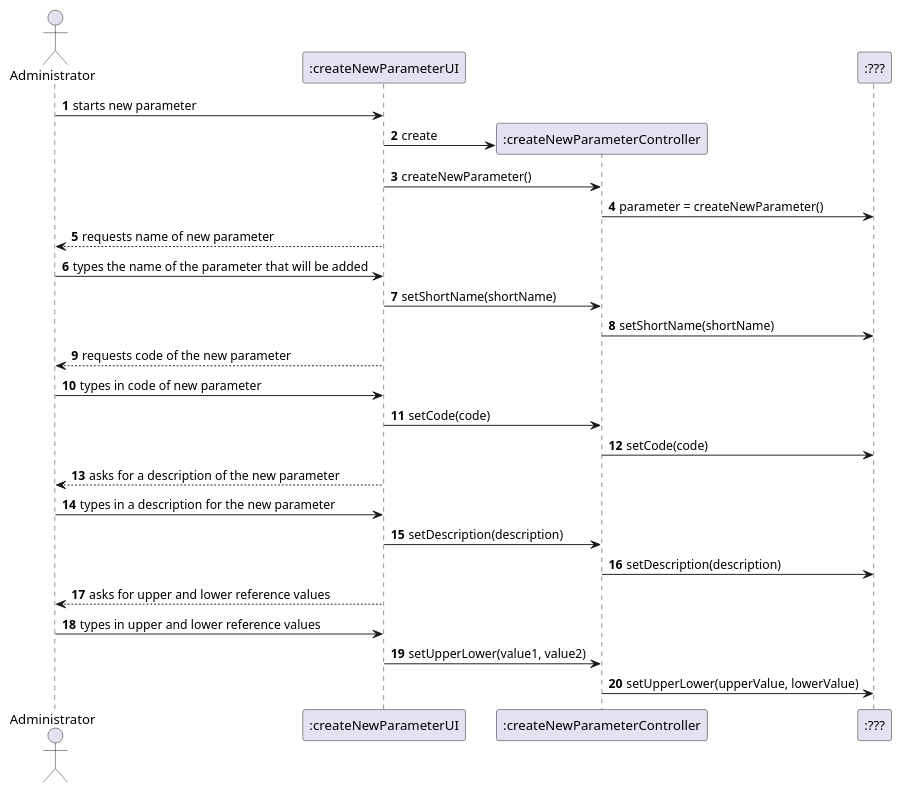
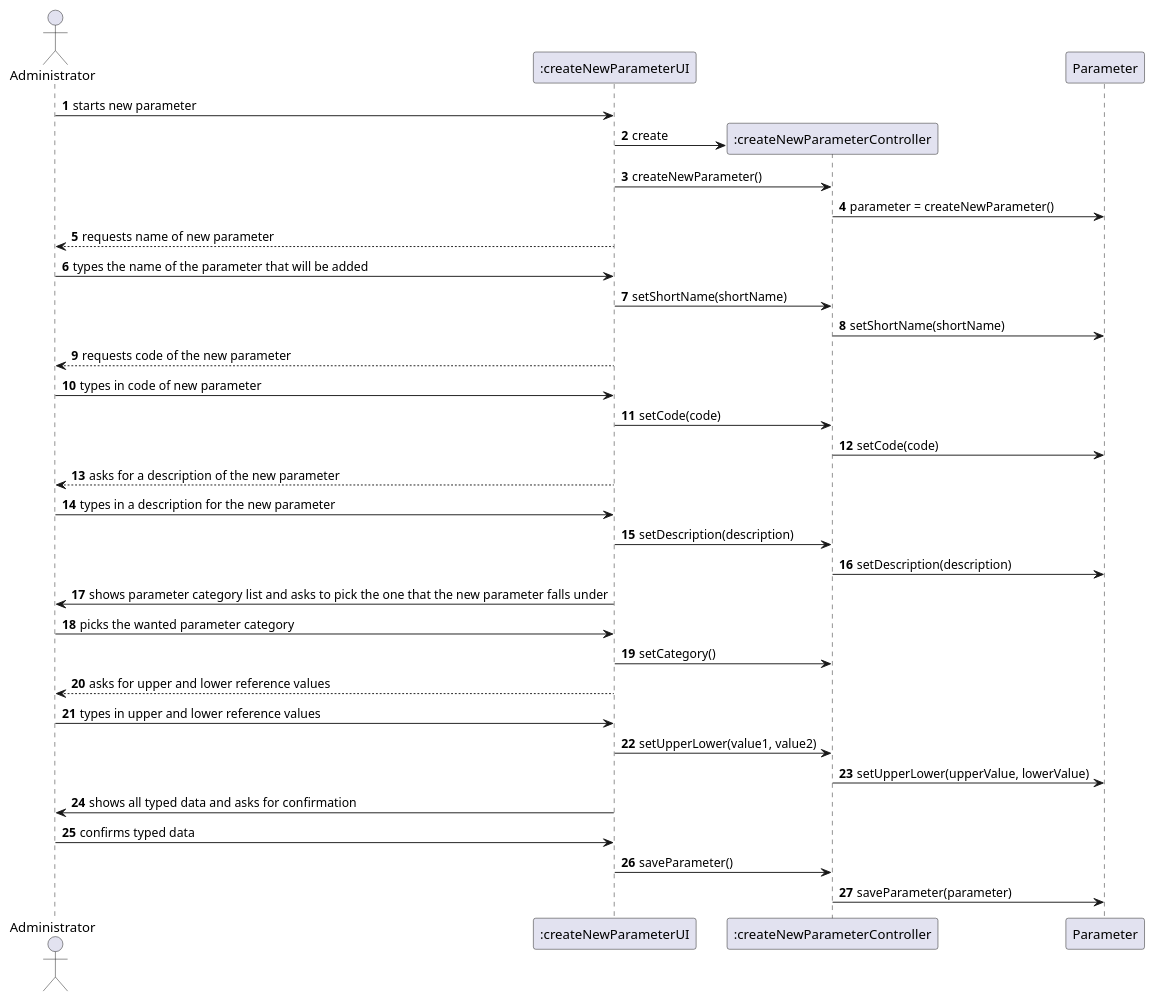
Before and after one commit to MadDinosaur/ISEP-LAPR2: the diagram in docs/SprintB/US10/US10_SD.puml, drawn with PlantUML. The commit also changed 2 other files, not shown here.

Commit message:
Updated US10 Sequence and System Sequence diagram

```diff
--- a/docs/SprintB/US10/US10_SD.puml
+++ b/docs/SprintB/US10/US10_SD.puml
@@ -1,32 +1,40 @@
 @startuml
 
 autonumber
 
 actor Administrator as admin
 participant ":createNewParameterUI" as UI
 participant ":createNewParameterController" as Controller
-participant ":???" as new
+participant "Parameter" as param
 
 admin -> UI: starts new parameter
 create Controller
 UI -> Controller: create
 UI -> Controller: createNewParameter()
-Controller -> new: parameter = createNewParameter()
+Controller -> param: parameter = createNewParameter()
 UI --> admin: requests name of new parameter
 admin -> UI: types the name of the parameter that will be added
 UI -> Controller: setShortName(shortName)
-Controller -> new: setShortName(shortName)
+Controller -> param: setShortName(shortName)
 UI --> admin: requests code of the new parameter
 admin -> UI: types in code of new parameter
 UI -> Controller: setCode(code)
-Controller -> new: setCode(code)
+Controller -> param: setCode(code)
 UI --> admin: asks for a description of the new parameter
 admin -> UI: types in a description for the new parameter
 UI -> Controller: setDescription(description)
-Controller -> new: setDescription(description)
+Controller -> param: setDescription(description)
+UI -> admin: shows parameter category list and asks to pick the one that the new parameter falls under
+admin -> UI: picks the wanted parameter category
+UI -> Controller: setCategory()
 UI --> admin: asks for upper and lower reference values
 admin -> UI: types in upper and lower reference values
 UI -> Controller: setUpperLower(value1, value2)
-Controller -> new: setUpperLower(upperValue, lowerValue)
+Controller -> param: setUpperLower(upperValue, lowerValue)
+UI -> admin: shows all typed data and asks for confirmation
+admin -> UI: confirms typed data
+UI -> Controller: saveParameter()
+Controller -> param: saveParameter(parameter)
+
 
 @enduml
```
